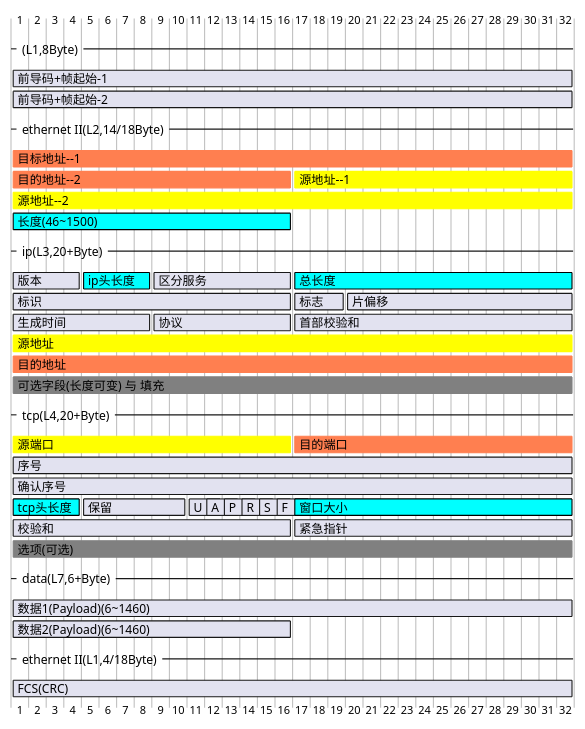
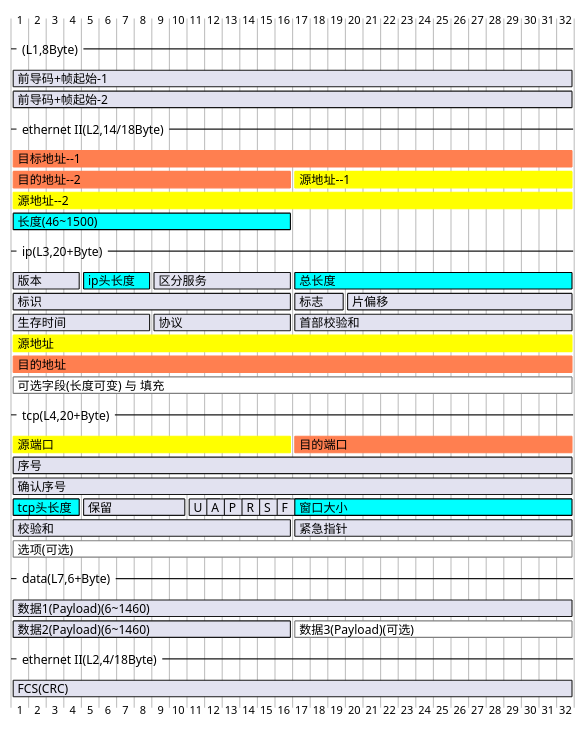
One commit to LincDocs/MdNote_Public changed the fourth of 6 diagrams in 01. DesignAndDevelop/Develop/02. Theory/Computer/03. 计算机系统 - 专题或子系统的字典版/下层相关/Network/以太网帧协议(Gantt版).md. Above: the diagram before and after it, drawn with PlantUML. The commit also changed other lines of this file, not shown here.

````diff
--- a/01. DesignAndDevelop/Develop/02. Theory/Computer/03. 计算机系统 - 专题或子系统的字典版/下层相关/Network/以太网帧协议(Gantt版).md
+++ b/01. DesignAndDevelop/Develop/02. Theory/Computer/03. 计算机系统 - 专题或子系统的字典版/下层相关/Network/以太网帧协议(Gantt版).md
@@ -190,15 +194,15 @@
 [标识] displays on same row as [标志]
 [标志] displays on same row as [片偏移]
 
-[生成时间] starts D+0 and ends D+7
+[生存时间] starts D+0 and ends D+7
 [协议] starts D+8 and ends D+15
 [首部校验和] starts D+16 and ends D+31
-[生成时间] displays on same row as [协议]
+[生存时间] displays on same row as [协议]
 [协议] displays on same row as [首部校验和]
 
 [源地址] starts D+0 and ends D+31 and is colored in Yellow
 [目的地址] starts D+0 and ends D+31 and is colored in Coral
-[可选字段(长度可变) 与 填充] starts D+0 and ends D+31 and is colored in Gray
+[可选字段(长度可变) 与 填充] starts D+0 and ends D+31 and is colored in White/Gray
 
 --tcp(L4,20+Byte)--
 
@@ -231,14 +235,16 @@
 [紧急指针] starts D+16 and ends D+31
 [校验和] displays on same row as [紧急指针]
 
-[选项(可选)] starts D+0 and ends D+31 and is colored in Gray
+[选项(可选)] starts D+0 and ends D+31 and is colored in White/Gray
 
 --data(L7,6+Byte)--
 
 [数据1(Payload)(6~1460)] starts D+0 and requires 32 days
 [数据2(Payload)(6~1460)] starts D+0 and requires 16 days
+[数据3(Payload)(可选)] starts D+16 and requires 16 days and is colored in White/Gray
+[数据2(Payload)(6~1460)] displays on same row as [数据3(Payload)(可选)]
 
---ethernet II(L1,4/18Byte)--
+--ethernet II(L2,4/18Byte)--
 [FCS(CRC)] starts D+0 and ends D+31
 @endgantt
 ```
````
